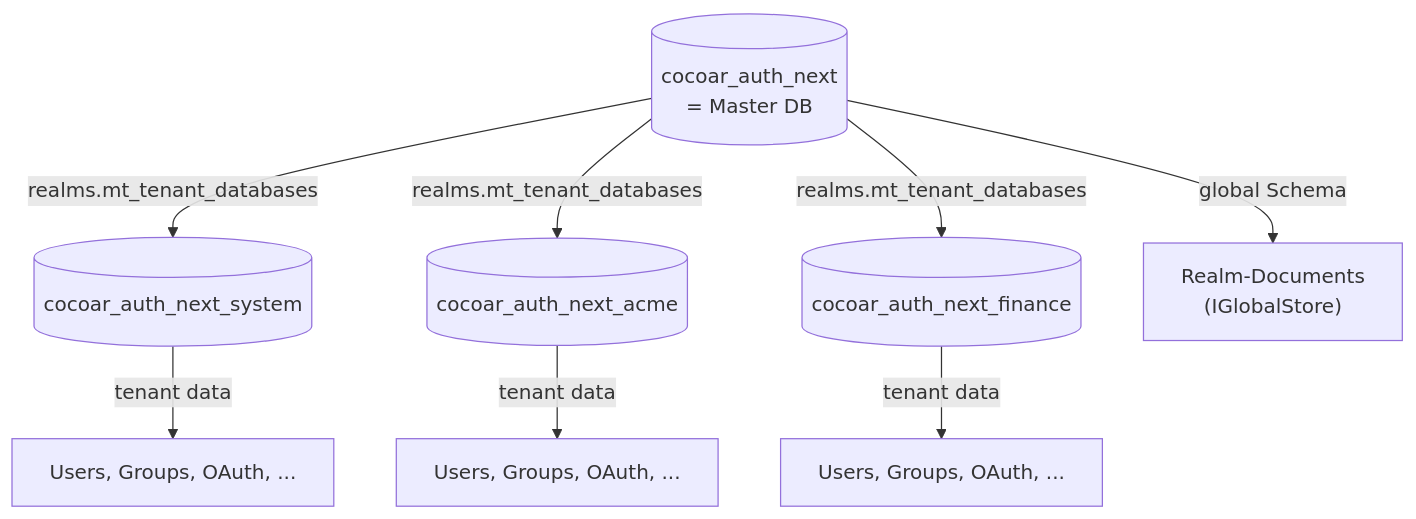
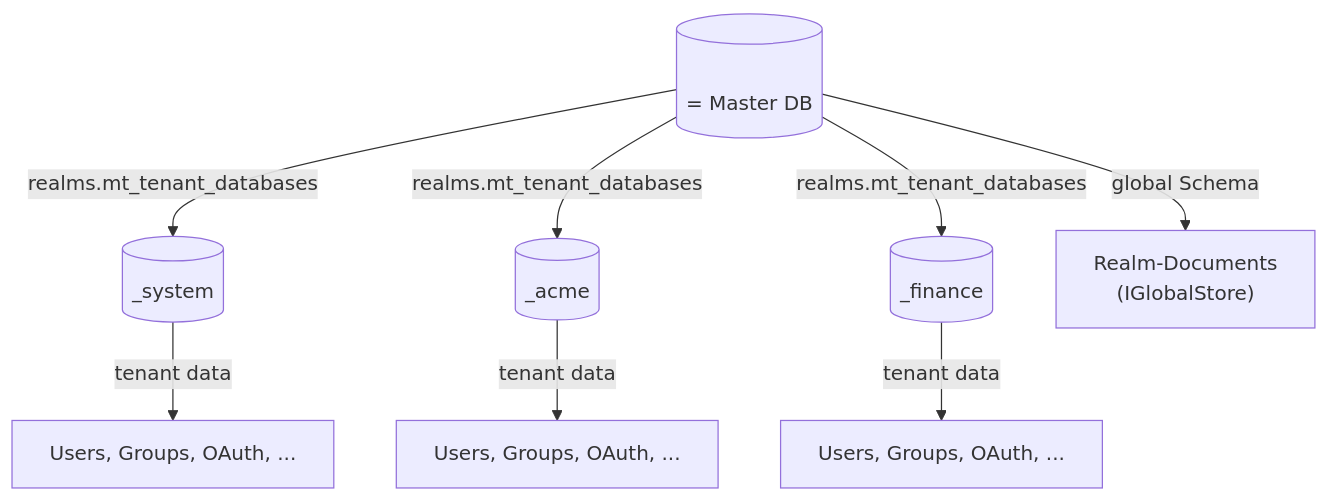
One commit to cocoar-dev/modgud changed the diagram in website/concepts/realms.md. Above: the diagram before and after it, drawn with Mermaid. The commit also changed other lines of this file and 11 other files, not shown here.

````diff
--- a/website/concepts/realms.md
+++ b/website/concepts/realms.md
@@ -56,12 +56,12 @@
 ```mermaid
 graph TD
-    Master[(cocoar_auth_next<br/>= Master DB)]
-    Master -->|realms.mt_tenant_databases| System[(cocoar_auth_next_system)]
-    Master -->|realms.mt_tenant_databases| Acme[(cocoar_auth_next_acme)]
-    Master -->|realms.mt_tenant_databases| Finance[(cocoar_auth_next_finance)]
+    Master[(<master-db><br/>= Master DB)]
+    Master -->|realms.mt_tenant_databases| System[(<master-db>_system)]
+    Master -->|realms.mt_tenant_databases| Acme[(<master-db>_acme)]
+    Master -->|realms.mt_tenant_databases| Finance[(<master-db>_finance)]
 
     Master -->|global Schema| GlobalRealm["Realm-Documents<br/>(IGlobalStore)"]
     System -->|tenant data| SystemUsers[Users, Groups, OAuth, ...]
     Acme -->|tenant data| AcmeUsers[Users, Groups, OAuth, ...]
     Finance -->|tenant data| FinanceUsers[Users, Groups, OAuth, ...]
 ```
````
